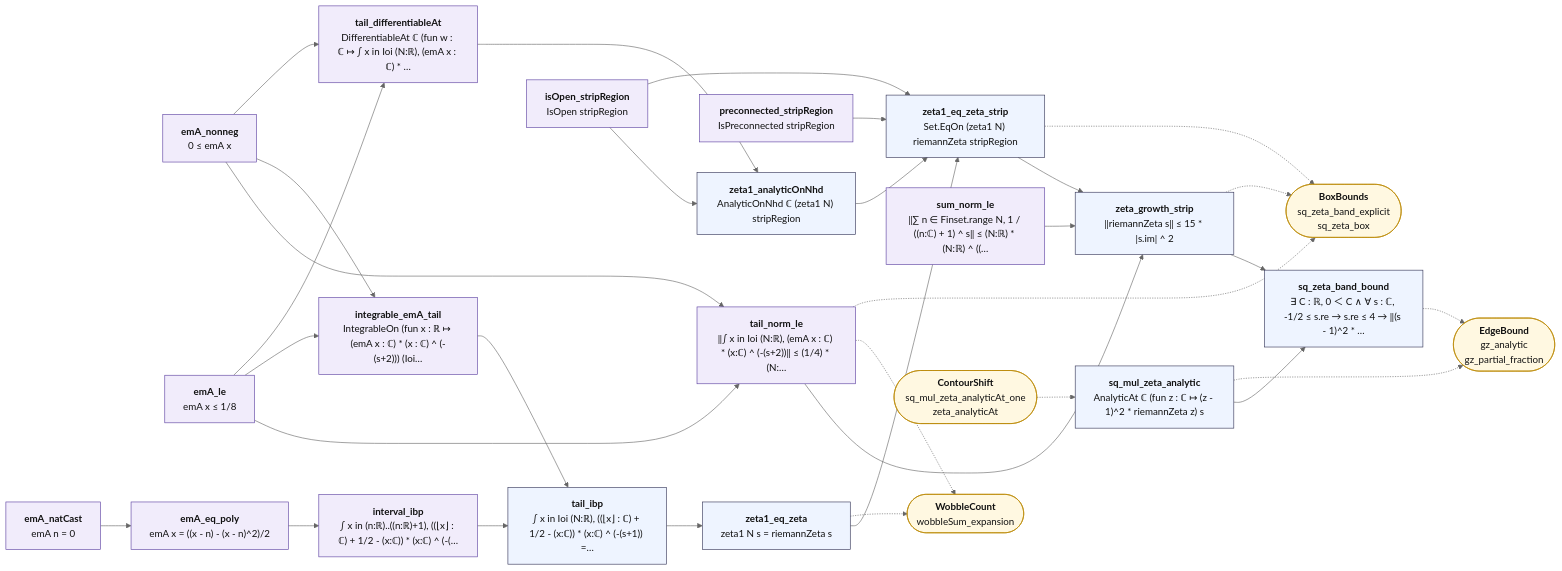
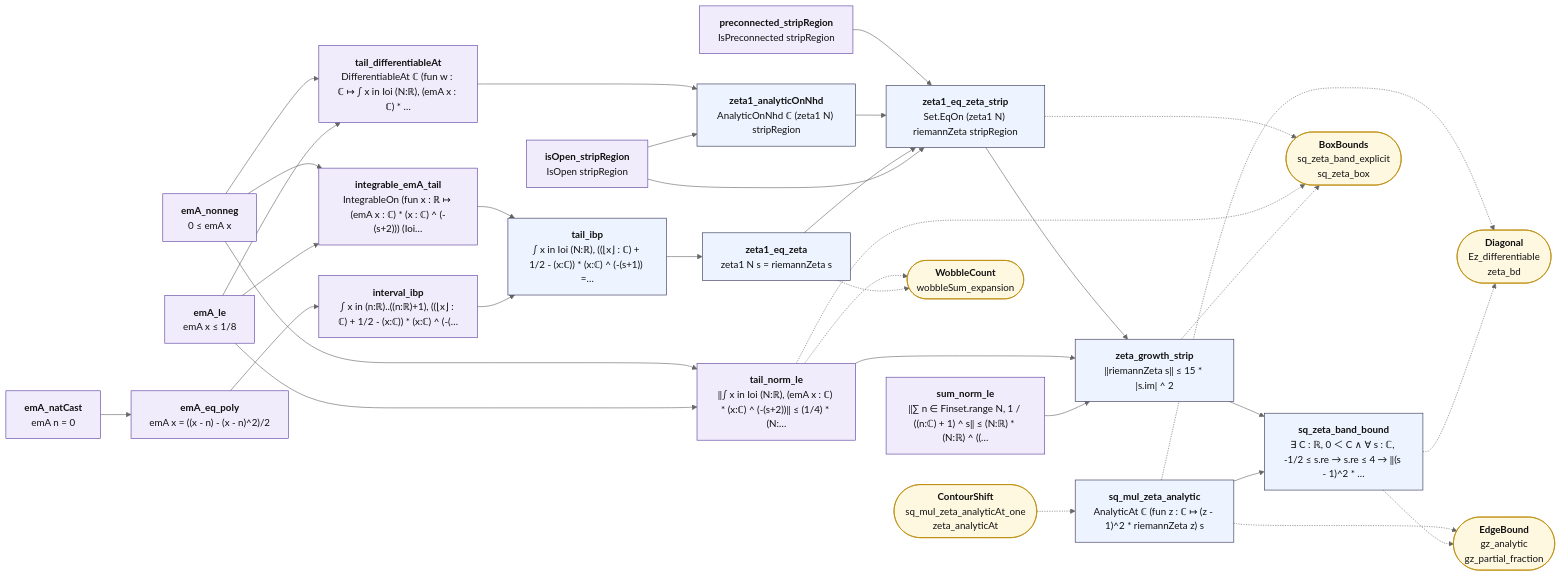
One commit to juliansambranojr/Primebeat_081426 changed the diagram in map/lean_stage3/ZetaGrowth.md. Above: the diagram before and after it, drawn with Mermaid (neutral theme). The commit also changed other lines of this file and 32 other files, not shown here.

````diff
--- a/map/lean_stage3/ZetaGrowth.md
+++ b/map/lean_stage3/ZetaGrowth.md
@@ -12,63 +12,66 @@
 ```mermaid
 flowchart LR
   n0["<b>emA_nonneg</b><br/>0 ≤ emA x"]:::shp
   n1["<b>emA_le</b><br/>emA x ≤ 1/8"]:::shp
   n2["<b>emA_natCast</b><br/>emA n = 0"]:::shp
   n3["<b>emA_eq_poly</b><br/>emA x = ((x - n) - (x - n)^2)/2"]:::shp
   n4["<b>integrable_emA_tail</b><br/>IntegrableOn (fun x : ℝ ↦ (emA x : ℂ) * (x : ℂ) ^ (-(s+2))) (Ioi…"]:::shp
   n5["<b>interval_ibp</b><br/>∫ x in (n:ℝ)..((n:ℝ)+1), ((⌊x⌋ : ℂ) + 1/2 - (x:ℂ)) * (x:ℂ) ^ (-(…"]:::shp
   n6["<b>tail_ibp</b><br/>∫ x in Ioi (N:ℝ), ((⌊x⌋ : ℂ) + 1/2 - (x:ℂ)) * (x:ℂ) ^ (-(s+1)) =…"]:::thm
   n7["<b>zeta1_eq_zeta</b><br/>zeta1 N s = riemannZeta s"]:::thm
   n8["<b>tail_differentiableAt</b><br/>DifferentiableAt ℂ (fun w : ℂ ↦ ∫ x in Ioi (N:ℝ), (emA x : ℂ) * …"]:::shp
   n9["<b>isOpen_stripRegion</b><br/>IsOpen stripRegion"]:::shp
   n10["<b>preconnected_stripRegion</b><br/>IsPreconnected stripRegion"]:::shp
   n11["<b>zeta1_analyticOnNhd</b><br/>AnalyticOnNhd ℂ (zeta1 N) stripRegion"]:::thm
   n12["<b>zeta1_eq_zeta_strip</b><br/>Set.EqOn (zeta1 N) riemannZeta stripRegion"]:::thm
   n13["<b>tail_norm_le</b><br/>‖∫ x in Ioi (N:ℝ), (emA x : ℂ) * (x:ℂ) ^ (-(s+2))‖ ≤ (1/4) * (N:…"]:::shp
   n14["<b>sum_norm_le</b><br/>‖∑ n ∈ Finset.range N, 1 / ((n:ℂ) + 1) ^ s‖ ≤ (N:ℝ) * (N:ℝ) ^ ((…"]:::shp
   n15["<b>zeta_growth_strip</b><br/>‖riemannZeta s‖ ≤ 15 * |s.im| ^ 2"]:::thm
   n16["<b>sq_mul_zeta_analytic</b><br/>AnalyticAt ℂ (fun z : ℂ ↦ (z - 1)^2 * riemannZeta z) s"]:::thm
   n17["<b>sq_zeta_band_bound</b><br/>∃ C : ℝ, 0 ＜ C ∧ ∀ s : ℂ, -1/2 ≤ s.re → s.re ≤ 4 → ‖(s - 1)^2 * …"]:::thm
   x0(["<b>WobbleCount</b><br/>wobbleSum_expansion"]):::ext
   x1(["<b>BoxBounds</b><br/>sq_zeta_band_explicit<br/>sq_zeta_box"]):::ext
   x2(["<b>ContourShift</b><br/>sq_mul_zeta_analyticAt_one<br/>zeta_analyticAt"]):::ext
-  x3(["<b>EdgeBound</b><br/>gz_analytic<br/>gz_partial_fraction"]):::ext
+  x3(["<b>Diagonal</b><br/>Ez_differentiable<br/>zeta_bd"]):::ext
+  x4(["<b>EdgeBound</b><br/>gz_analytic<br/>gz_partial_fraction"]):::ext
   n0 --> n13
   n0 --> n4
   n0 --> n8
   n1 --> n13
   n1 --> n4
   n1 --> n8
   n10 --> n12
   n11 --> n12
   n12 --> n15
   n13 --> n15
   n14 --> n15
   n15 --> n17
   n16 --> n17
   n2 --> n3
   n3 --> n5
   n4 --> n6
   n5 --> n6
   n6 --> n7
   n7 --> n12
   n8 --> n11
   n9 --> n11
   n9 --> n12
   n12 -.-> x1
   n13 -.-> x0
   n13 -.-> x1
   n15 -.-> x1
   n16 -.-> x3
+  n16 -.-> x4
   n17 -.-> x3
+  n17 -.-> x4
   n7 -.-> x0
   x2 -.-> n16
   classDef cnt fill:#dff5ec,stroke:#17694a,color:#111
   classDef shp fill:#f1ecfb,stroke:#5b3fa0,color:#111
   classDef rh fill:#ffe5e5,stroke:#c22,color:#111,stroke-width:2px
   classDef thm fill:#eef4ff,stroke:#335,color:#111
   classDef end_ fill:#e7f7e7,stroke:#2a7,color:#111,stroke-width:2px
   classDef lone fill:#fff,stroke:#999,color:#111,stroke-dasharray:4 3
   classDef bad fill:#ffe5e5,stroke:#c22,color:#111,stroke-width:2px
   classDef ext fill:#fff8e1,stroke:#b80,color:#111
 ```
````
